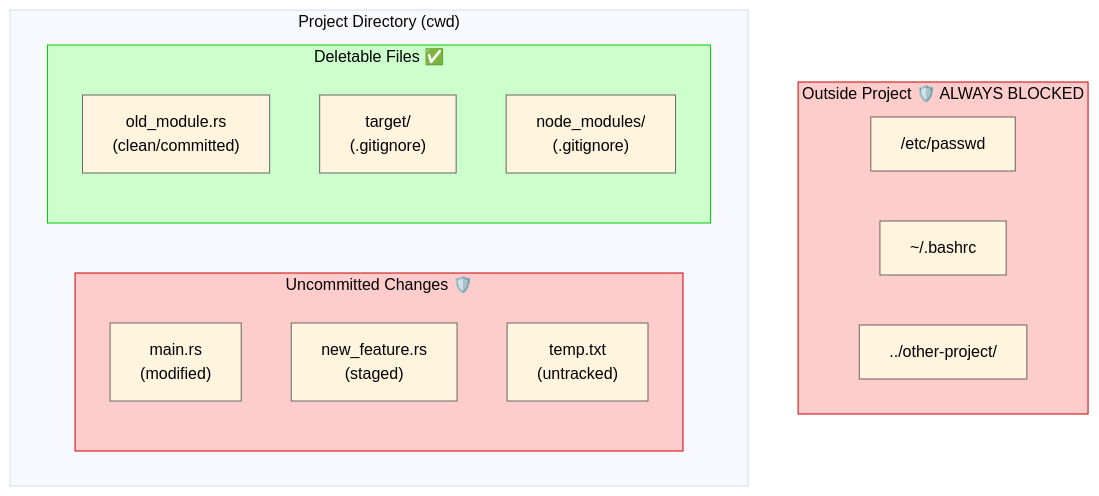
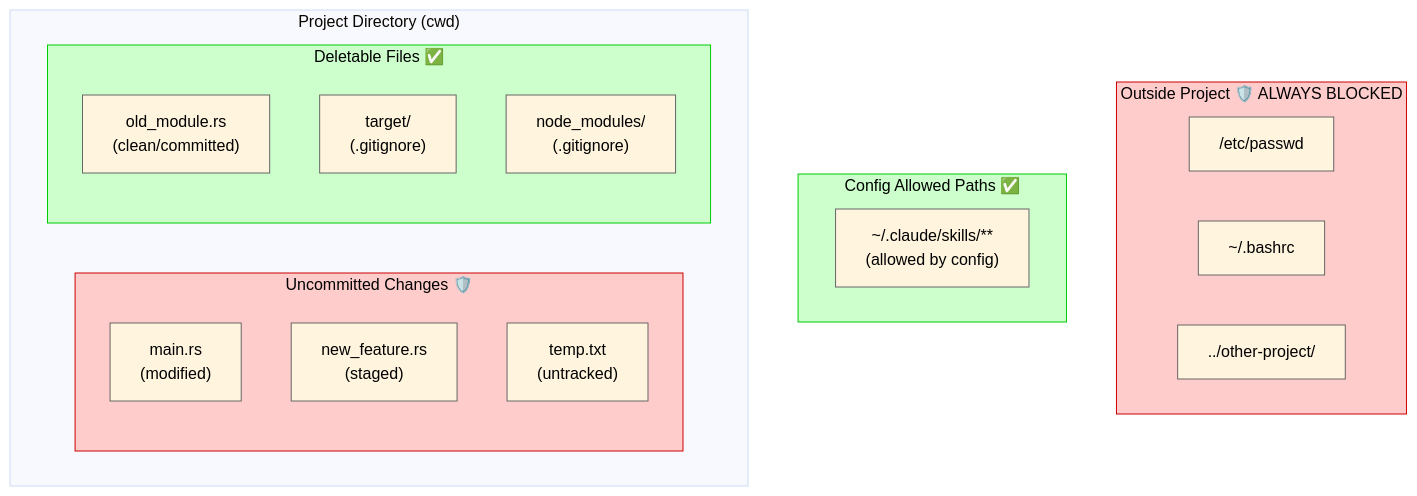
Before and after one commit to owayo/safe-rm: the second of 2 diagrams in README.md, drawn with Mermaid. The commit also changed other lines of this file and 8 other files, not shown here.

````diff
--- a/README.md
+++ b/README.md
@@ -108,27 +173,32 @@
 ```mermaid
 %%{init: {'theme': 'base', 'themeVariables': { 'lineColor': '#666666', 'primaryTextColor': '#000000', 'primaryBorderColor': '#666666' }}}%%
 flowchart TB
     subgraph outside["Outside Project 🛡️ ALWAYS BLOCKED"]
         etc["/etc/passwd"]
         home["~/.bashrc"]
         other["../other-project/"]
+    end
+
+    subgraph allowed["Config Allowed Paths ✅"]
+        skills["~/.claude/skills/**<br/>(allowed by config)"]
     end
 
     subgraph project["Project Directory (cwd)"]
         subgraph dirty["Uncommitted Changes 🛡️"]
             modified["main.rs<br/>(modified)"]
             staged["new_feature.rs<br/>(staged)"]
             untracked["temp.txt<br/>(untracked)"]
         end
 
         subgraph deletable["Deletable Files ✅"]
             clean["old_module.rs<br/>(clean/committed)"]
             ignored["target/<br/>(.gitignore)"]
             nodemod["node_modules/<br/>(.gitignore)"]
         end
     end
 
     style outside fill:#ffcccc,stroke:#cc0000,color:#000000
+    style allowed fill:#ccffcc,stroke:#00cc00,color:#000000
     style dirty fill:#ffcccc,stroke:#cc0000,color:#000000
     style deletable fill:#ccffcc,stroke:#00cc00,color:#000000
 ```
````
